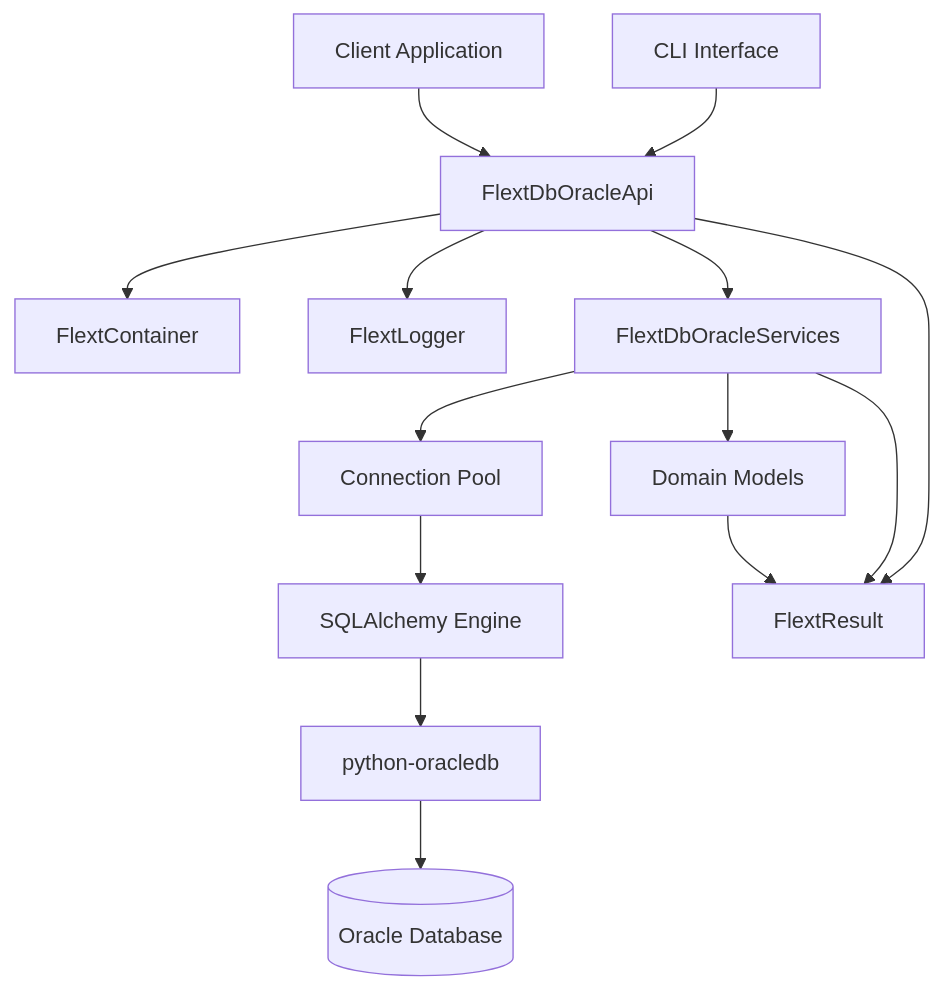
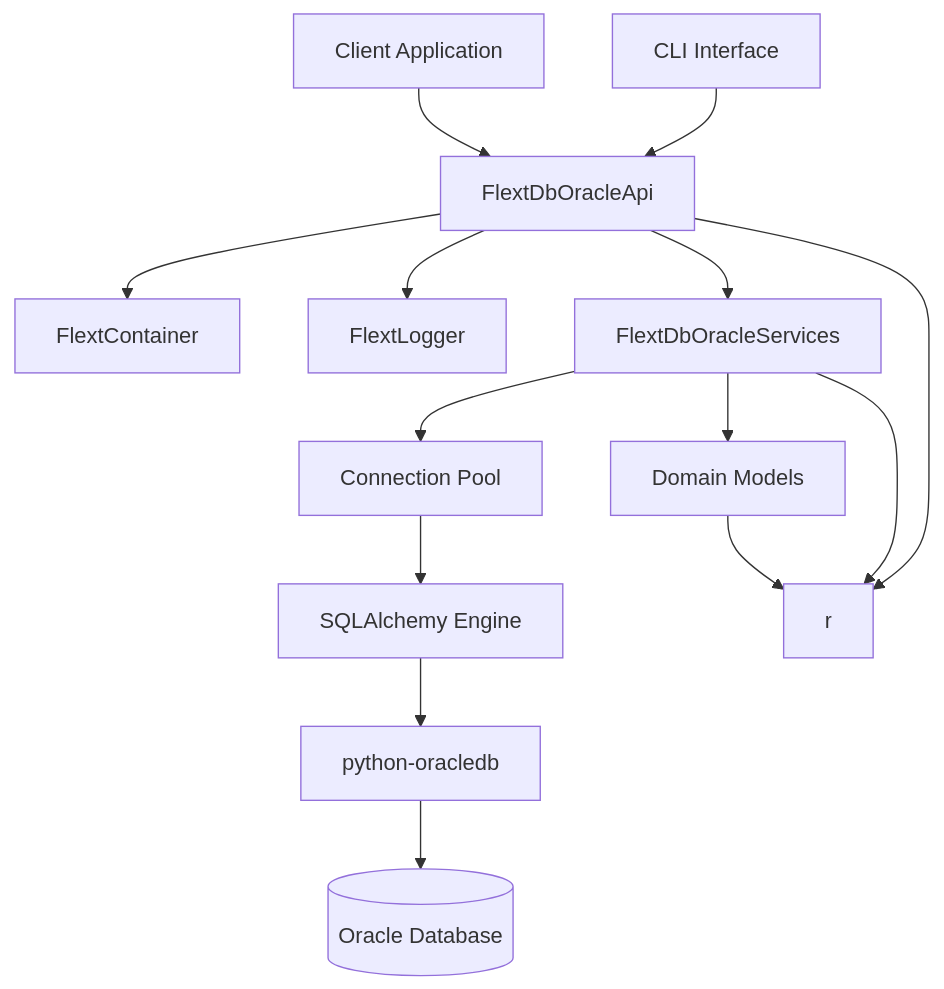
The diagram in docs/architecture.md (flext-sh/flext-db-oracle), drawn with Mermaid before and after one commit. The commit also changed other lines of this file and 29 other files, not shown here.

````diff
--- a/docs/architecture.md
+++ b/docs/architecture.md
@@ -89,20 +89,20 @@
 ```mermaid
 graph TB
     Client[Client Application] --> API[FlextDbOracleApi]
     CLI[CLI Interface] --> API
 
     API --> Container[FlextContainer]
     API --> Logger[FlextLogger]
     API --> Services[FlextDbOracleServices]
 
     Services --> Models[Domain Models]
     Services --> Connection[Connection Pool]
 
     Connection --> SQLAlchemy[SQLAlchemy Engine]
     SQLAlchemy --> Driver[python-oracledb]
     Driver --> Oracle[(Oracle Database)]
 
-    Models --> Result[FlextResult<T>]
+    Models --> Result[r<T>]
     Services --> Result
     API --> Result
 ```
````
